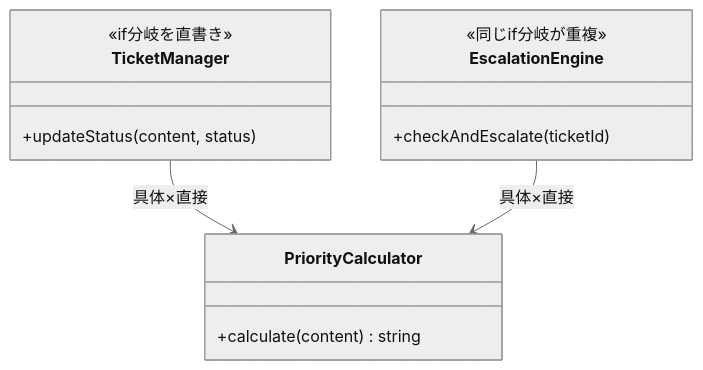
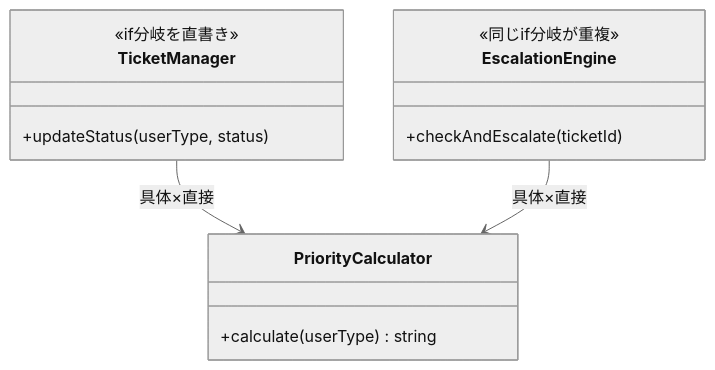
One commit to kumachan1101-pixel/DesignPattern changed the fourth of 12 diagrams in kindle/design-patterns/output/chapter09_2.md. Above: the diagram before and after it, drawn with Mermaid (neutral theme). The commit also changed other lines of this file and 1 other file, not shown here.

````diff
--- a/kindle/design-patterns/output/chapter09_2.md
+++ b/kindle/design-patterns/output/chapter09_2.md
@@ -378,16 +413,16 @@
 ```mermaid
 classDiagram
     class TicketManager {
         <<if分岐を直書き>>
-        +updateStatus(content, status)
+        +updateStatus(userType, status)
     }
     class EscalationEngine {
         <<同じif分岐が重複>>
         +checkAndEscalate(ticketId)
     }
     class PriorityCalculator {
-        +calculate(content) string
+        +calculate(userType) string
     }
     TicketManager --> PriorityCalculator : 具体×直接
     EscalationEngine --> PriorityCalculator : 具体×直接
 ```
````
